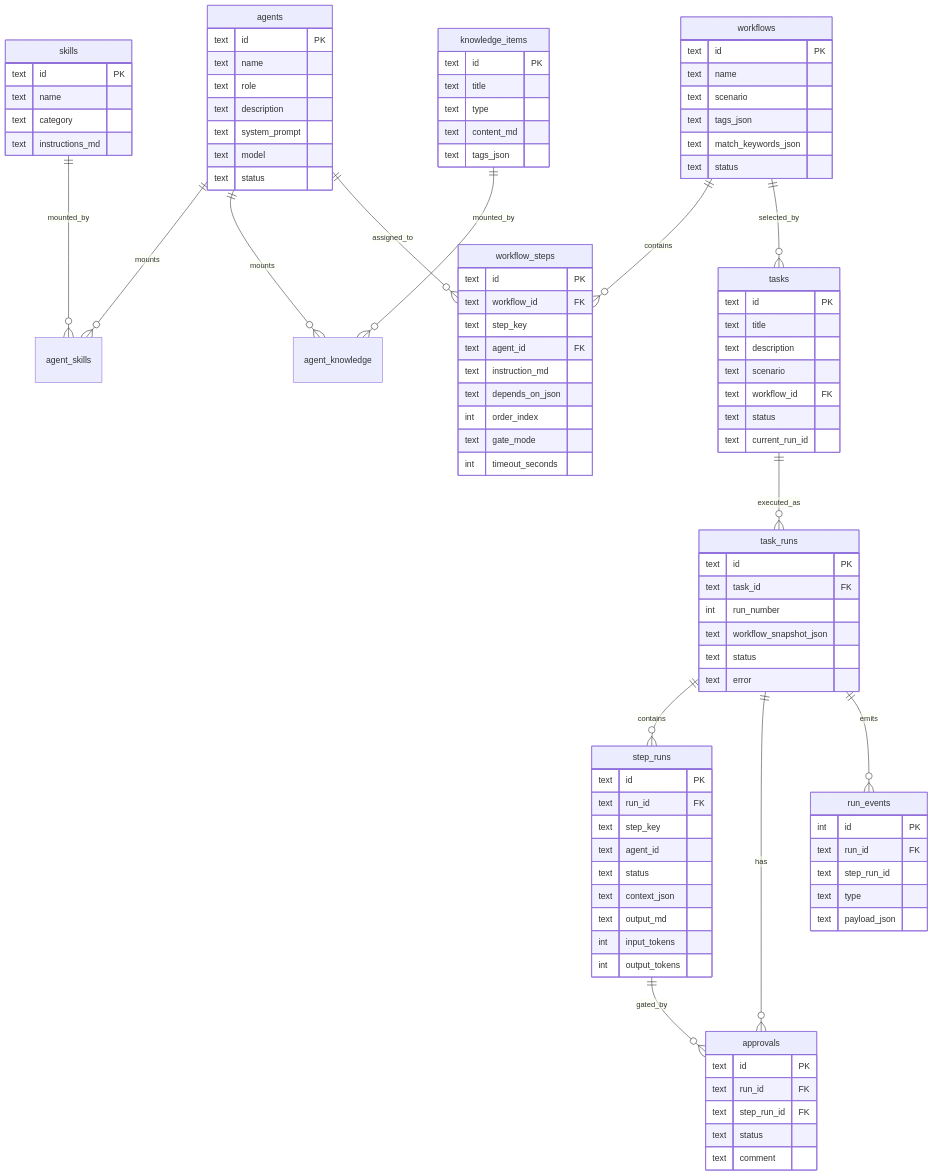
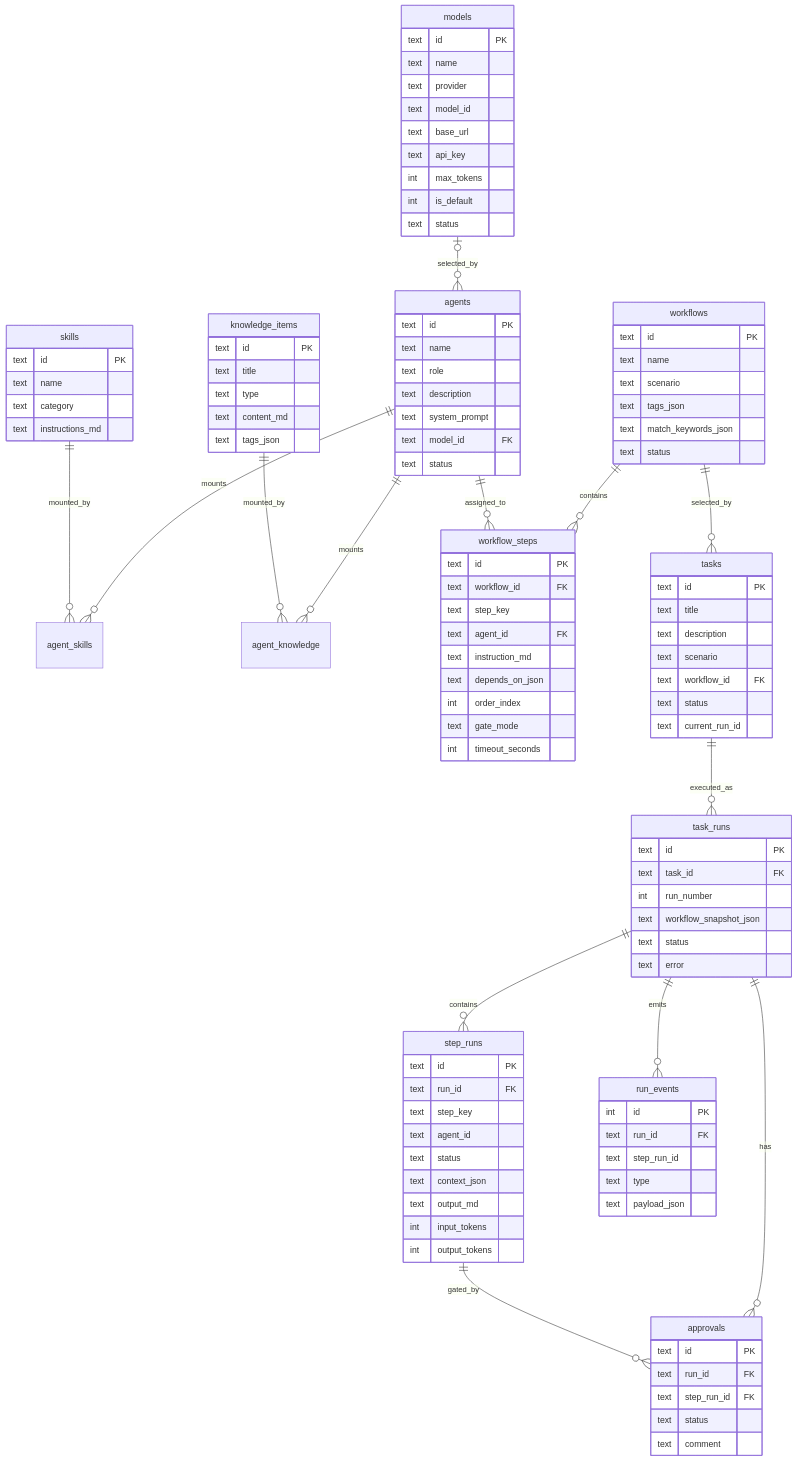
Before and after one commit to jtyjty99999/fast-sdlc: the first of 3 diagrams in docs/DESIGN.md, drawn with Mermaid. The commit also changed other lines of this file and 45 other files, not shown here.

````diff
--- a/docs/DESIGN.md
+++ b/docs/DESIGN.md
@@ -128,6 +128,7 @@
 ```mermaid
 erDiagram
     agents ||--o{ agent_skills : mounts
+    models |o--o{ agents : selected_by
     skills ||--o{ agent_skills : mounted_by
     agents ||--o{ agent_knowledge : mounts
     knowledge_items ||--o{ agent_knowledge : mounted_by
@@ -146,7 +147,18 @@
       text role
       text description
       text system_prompt
-      text model
+      text model_id FK
+      text status
+    }
+    models {
+      text id PK
+      text name
+      text provider
+      text model_id
+      text base_url
+      text api_key
+      int max_tokens
+      int is_default
       text status
     }
     skills {
````
